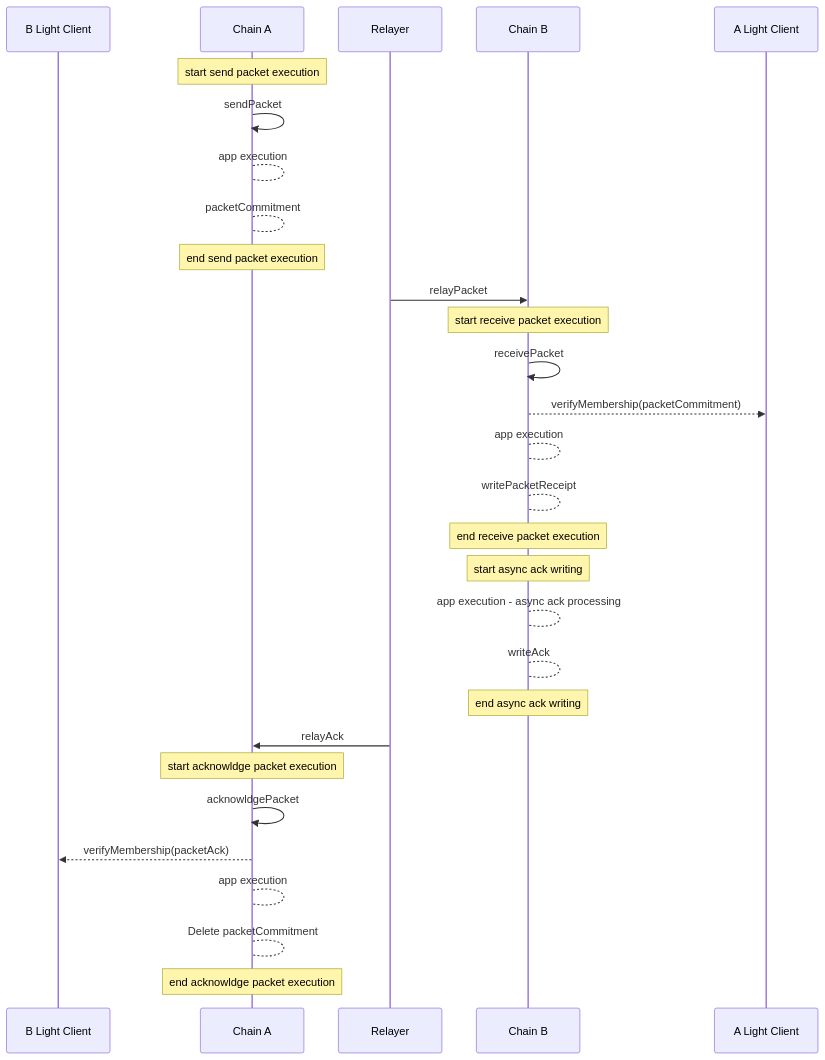
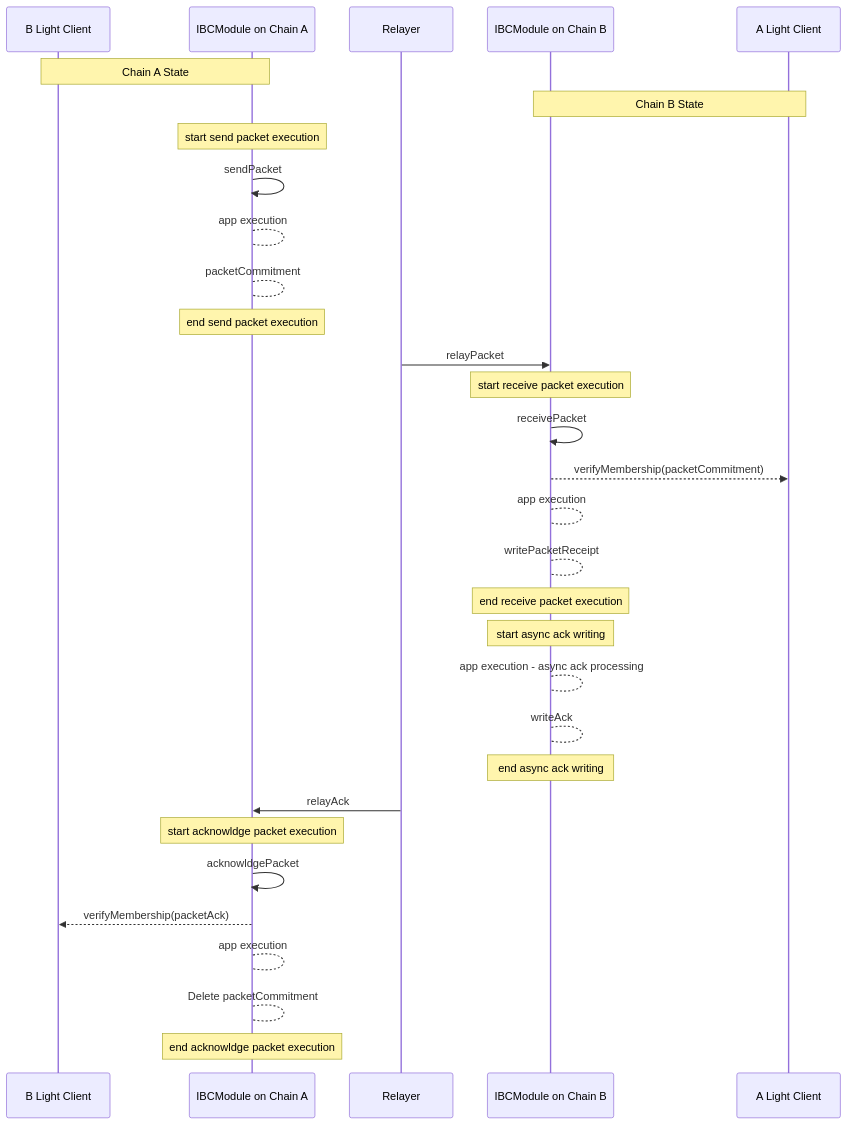
One commit to cosmos/ibc changed the fourth of 5 diagrams in spec/core/v2/ics-004-channel-and-packet-semantics/README.md. Above: the diagram before and after it, drawn with Mermaid. The commit also changed other lines of this file and 1 other file, not shown here.

````diff
--- a/spec/core/v2/ics-004-channel-and-packet-semantics/README.md
+++ b/spec/core/v2/ics-004-channel-and-packet-semantics/README.md
@@ -450,31 +454,33 @@
 ```mermaid
 sequenceDiagram
     participant B Light Client 
-    participant Chain A    
+    participant IBCModule on Chain A    
     participant Relayer 
-    participant Chain B
+    participant IBCModule on Chain B
     participant A Light Client
-    Note over Chain A: start send packet execution
-    Chain A ->> Chain A : sendPacket
-    Chain A --> Chain A : app execution
-    Chain A --> Chain A : packetCommitment
-    Note over Chain A: end send packet execution 
-    Relayer ->> Chain B: relayPacket
-    Note over Chain B: start receive packet execution
-    Chain B ->> Chain B: receivePacket
-    Chain B -->> A Light Client: verifyMembership(packetCommitment)
-    Chain B --> Chain B : app execution
-    Chain B --> Chain B: writePacketReceipt
-    Note over Chain B: end receive packet execution
-    Note over Chain B: start async ack writing
-    Chain B --> Chain B : app execution - async ack processing
-    Chain B --> Chain B: writeAck
-    Note over Chain B: end async ack writing
-    Relayer ->> Chain A: relayAck
-    Note over Chain A: start acknowldge packet execution
-    Chain A ->> Chain A : acknowldgePacket
-    Chain A -->> B Light Client: verifyMembership(packetAck)
-    Chain A --> Chain A : app execution
-    Chain A --> Chain A : Delete packetCommitment
-    Note over Chain A: end acknowldge packet execution 
+    Note over IBCModule on Chain A, B Light Client: Chain A State
+    Note over IBCModule on Chain B, A Light Client: Chain B State
+    Note over IBCModule on Chain A: start send packet execution
+    IBCModule on Chain A ->> IBCModule on Chain A : sendPacket
+    IBCModule on Chain A --> IBCModule on Chain A : app execution
+    IBCModule on Chain A --> IBCModule on Chain A : packetCommitment
+    Note over IBCModule on Chain A: end send packet execution 
+    Relayer ->> IBCModule on Chain B: relayPacket
+    Note over IBCModule on Chain B: start receive packet execution
+    IBCModule on Chain B ->> IBCModule on Chain B: receivePacket
+    IBCModule on Chain B -->> A Light Client: verifyMembership(packetCommitment)
+    IBCModule on Chain B --> IBCModule on Chain B : app execution
+    IBCModule on Chain B --> IBCModule on Chain B: writePacketReceipt
+    Note over IBCModule on Chain B: end receive packet execution
+    Note over IBCModule on Chain B: start async ack writing
+    IBCModule on Chain B --> IBCModule on Chain B : app execution - async ack processing
+    IBCModule on Chain B --> IBCModule on Chain B: writeAck
+    Note over IBCModule on Chain B: end async ack writing
+    Relayer ->> IBCModule on Chain A: relayAck
+    Note over IBCModule on Chain A: start acknowldge packet execution
+    IBCModule on Chain A ->> IBCModule on Chain A : acknowldgePacket
+    IBCModule on Chain A -->> B Light Client: verifyMembership(packetAck)
+    IBCModule on Chain A --> IBCModule on Chain A : app execution
+    IBCModule on Chain A --> IBCModule on Chain A : Delete packetCommitment
+    Note over IBCModule on Chain A: end acknowldge packet execution 
 ```
````
